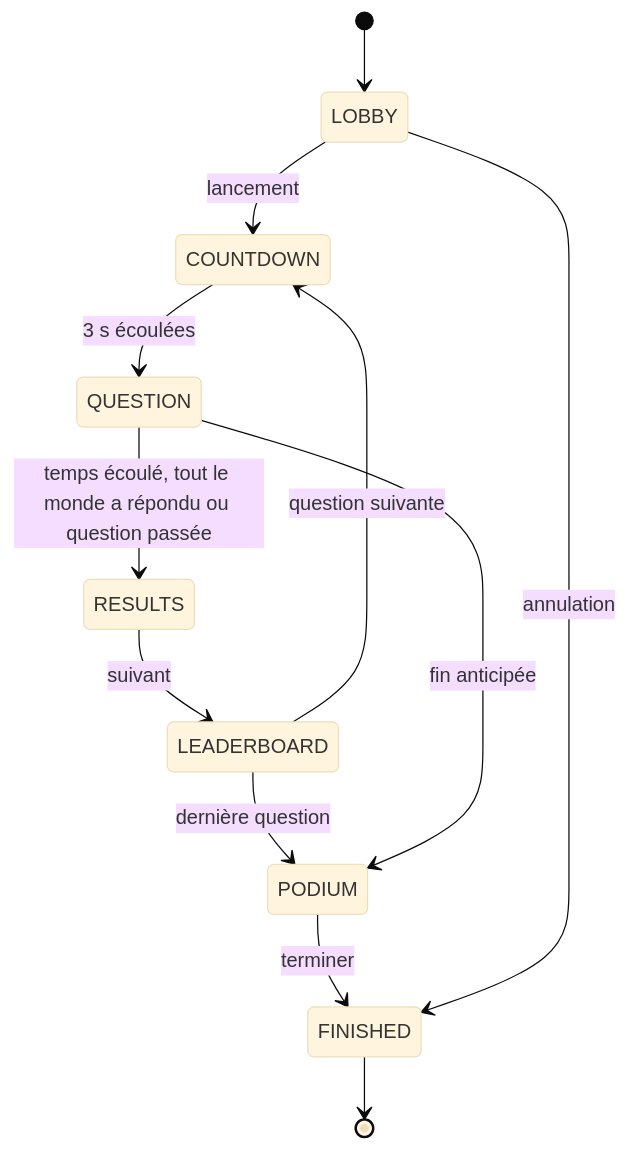
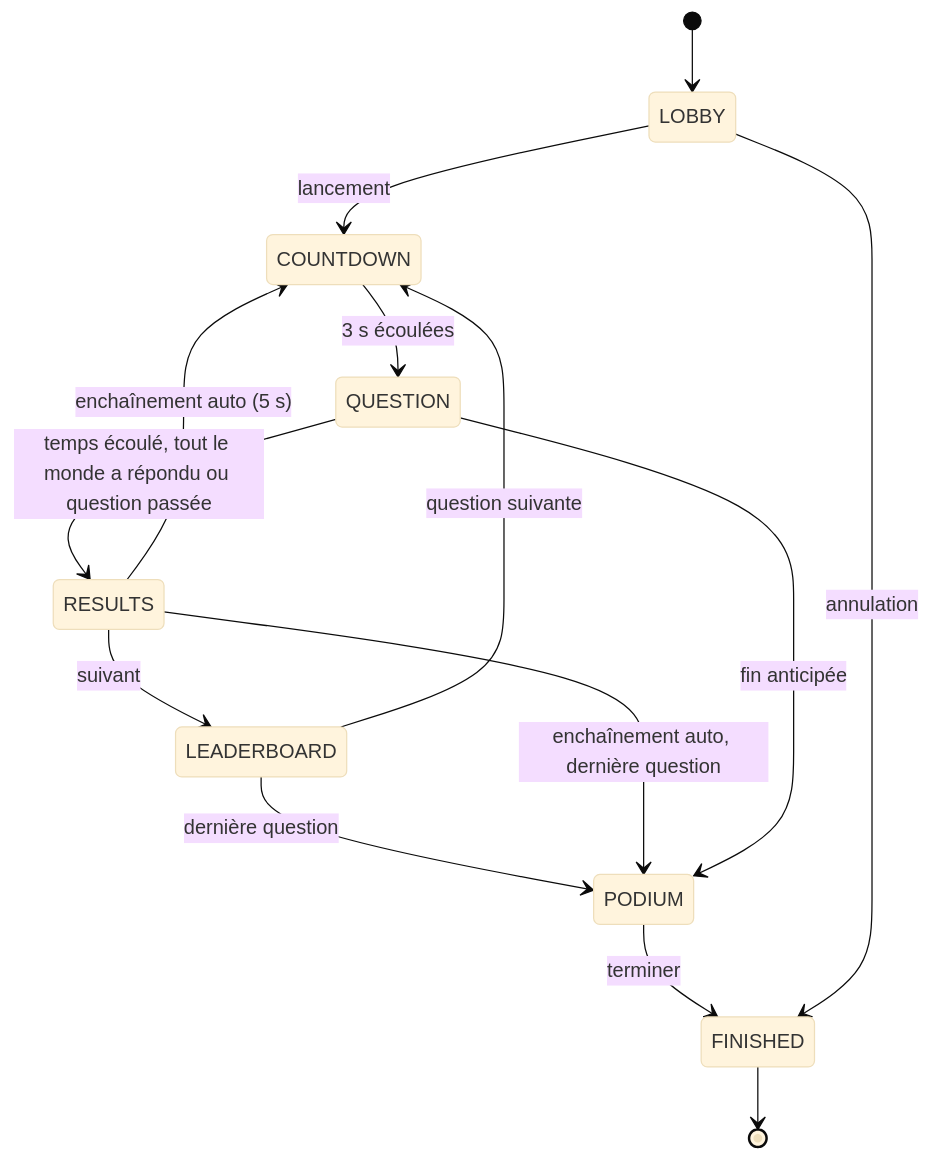
Before and after one commit to MohamedAlicode/online-quiz: the second of 3 diagrams in README.md, drawn with Mermaid (base theme). The commit also changed other lines of this file and 1 other file, not shown here.

First line of the commit message:
docs: enchaînement automatique dans le README et la spécification

````diff
--- a/README.md
+++ b/README.md
@@ -93,14 +94,16 @@
 ```mermaid
 stateDiagram-v2
   [*] --> LOBBY
   LOBBY --> COUNTDOWN: lancement
   COUNTDOWN --> QUESTION: 3 s écoulées
   QUESTION --> RESULTS: temps écoulé, tout le monde a répondu ou question passée
   RESULTS --> LEADERBOARD: suivant
   LEADERBOARD --> COUNTDOWN: question suivante
   LEADERBOARD --> PODIUM: dernière question
+  RESULTS --> COUNTDOWN: enchaînement auto (5 s)
+  RESULTS --> PODIUM: enchaînement auto, dernière question
   PODIUM --> FINISHED: terminer
   LOBBY --> FINISHED: annulation
   QUESTION --> PODIUM: fin anticipée
   FINISHED --> [*]
 ```
````
